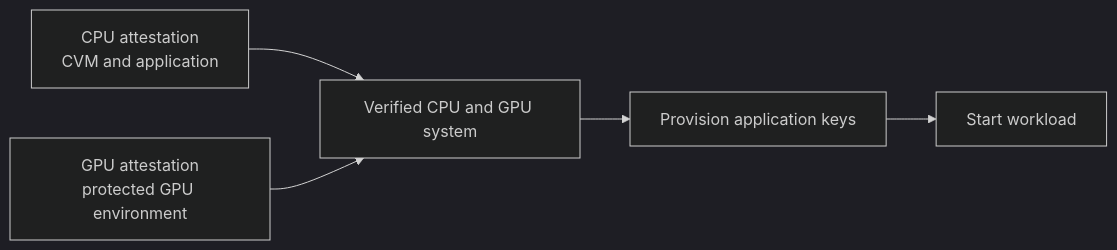
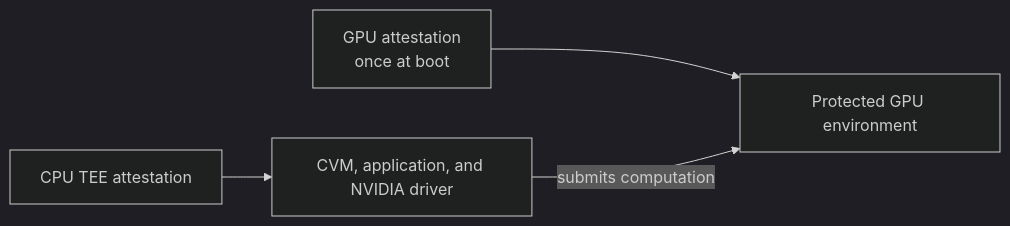
Before and after one commit to Dstack-TEE/dstack: the first of 5 diagrams in docs/confidential-ai.md, drawn with Mermaid (dark theme). The commit also changed other lines of this file, not shown here.

Commit message:
docs: clarify GPU attestation lifecycle

````diff
--- a/docs/confidential-ai.md
+++ b/docs/confidential-ai.md
@@ -38,7 +38,6 @@
 ```mermaid
 graph LR
-    CPU[CPU attestation<br/>CVM and application] --> System[Verified CPU and GPU system]
-    GPU[GPU attestation<br/>protected GPU environment] --> System
-    System --> Keys[Provision application keys]
-    Keys --> App[Start workload]
+    CPUProof[CPU TEE attestation] --> CPU["CVM, application, and NVIDIA driver"]
+    GPUProof["GPU attestation<br/>once at boot"] --> GPU[Protected GPU environment]
+    CPU -->|submits computation| GPU
 ```
````
